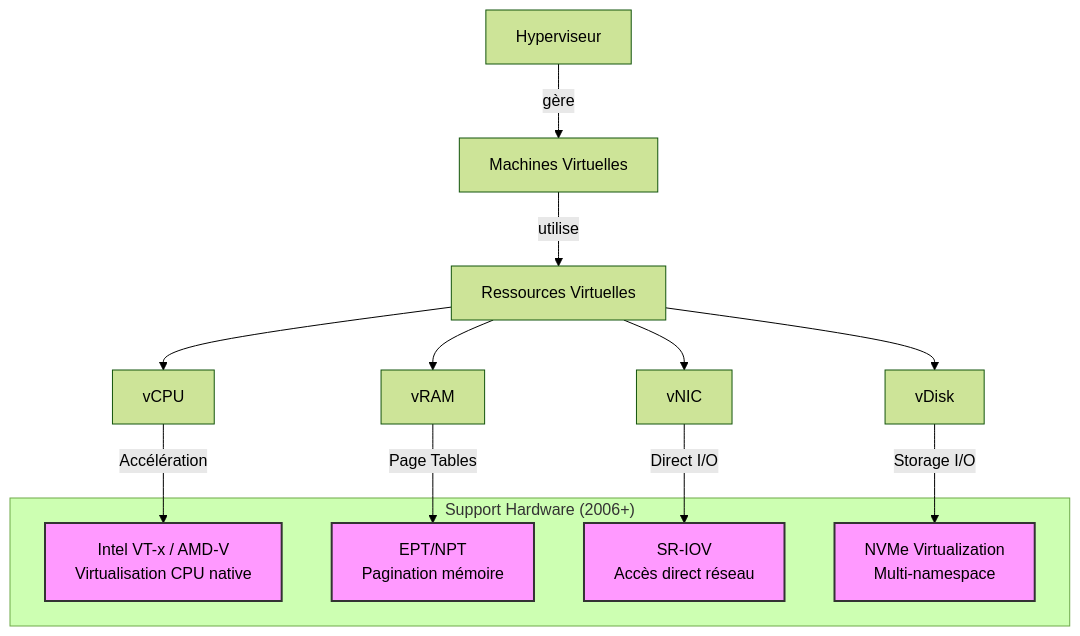
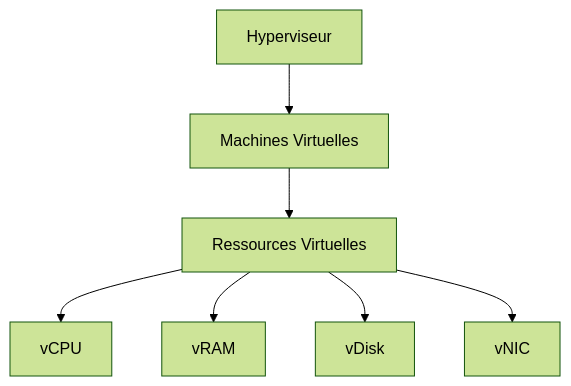
The first of 3 diagrams in 00_containers_L_introduction.qmd (ebpro/notebook-containers-intro), drawn with Mermaid (forest theme) before and after one commit. The commit also changed other lines of this file and 17 other files, not shown here.

````diff
--- a/00_containers_L_introduction.qmd
+++ b/00_containers_L_introduction.qmd
@@ -63,30 +111,10 @@
 ```{mermaid}
 graph TB
-    %% Top Level Components
-    H[Hyperviseur] --> |gère| V[Machines Virtuelles]
-    V --> |utilise| R[Ressources Virtuelles]
-    
-    %% Virtual Resources
-    R --> CPU[vCPU]
-    R --> RAM[vRAM]
-    R --> DISK[vDisk]
-    R --> NET[vNIC]
-    
-    %% Hardware Support Layer
-    subgraph HW["Support Hardware (2006+)"]
-        VTX["Intel VT-x / AMD-V<br>Virtualisation CPU native"]
-        NPT["EPT/NPT<br>Pagination mémoire"]
-        SRIOV["SR-IOV<br>Accès direct réseau"]
-        NVME["NVMe Virtualization<br>Multi-namespace"]
-    end
-    
-    %% Connections with explanations
-    CPU -->|"Accélération"| VTX
-    RAM -->|"Page Tables"| NPT
-    NET -->|"Direct I/O"| SRIOV
-    DISK -->|"Storage I/O"| NVME
-    
-    %% Styling
-    classDef hw fill:#f9f,stroke:#333,stroke-width:2px;
-    class VTX,NPT,SRIOV,NVME hw;
+H[Hyperviseur] --> V[Machines Virtuelles]
+V --> R[Ressources Virtuelles]
+
+R --> CPU[vCPU]
+R --> RAM[vRAM]
+R --> DISK[vDisk]
+R --> NET[vNIC]
 ```
````
